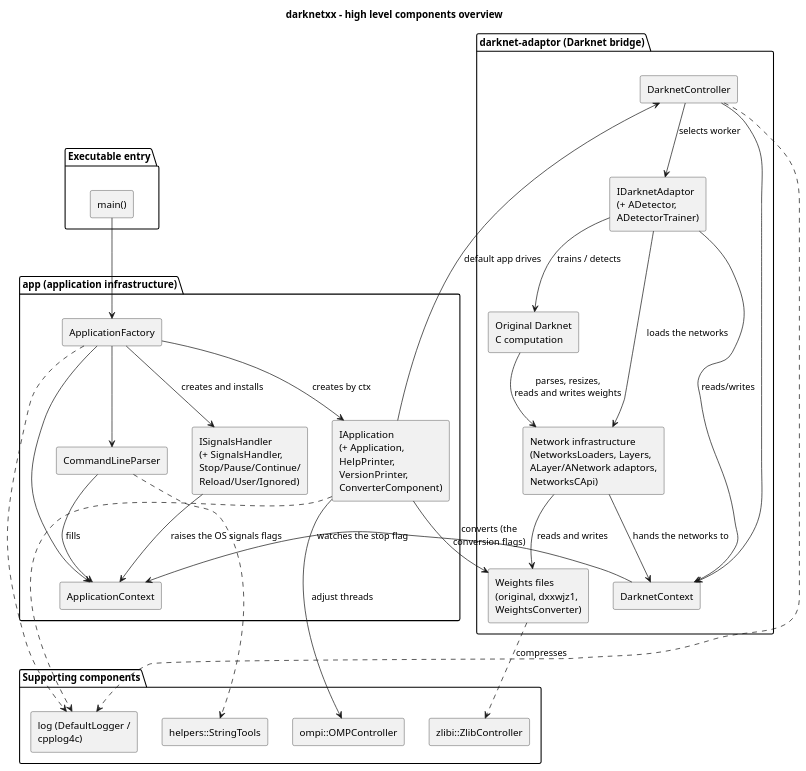
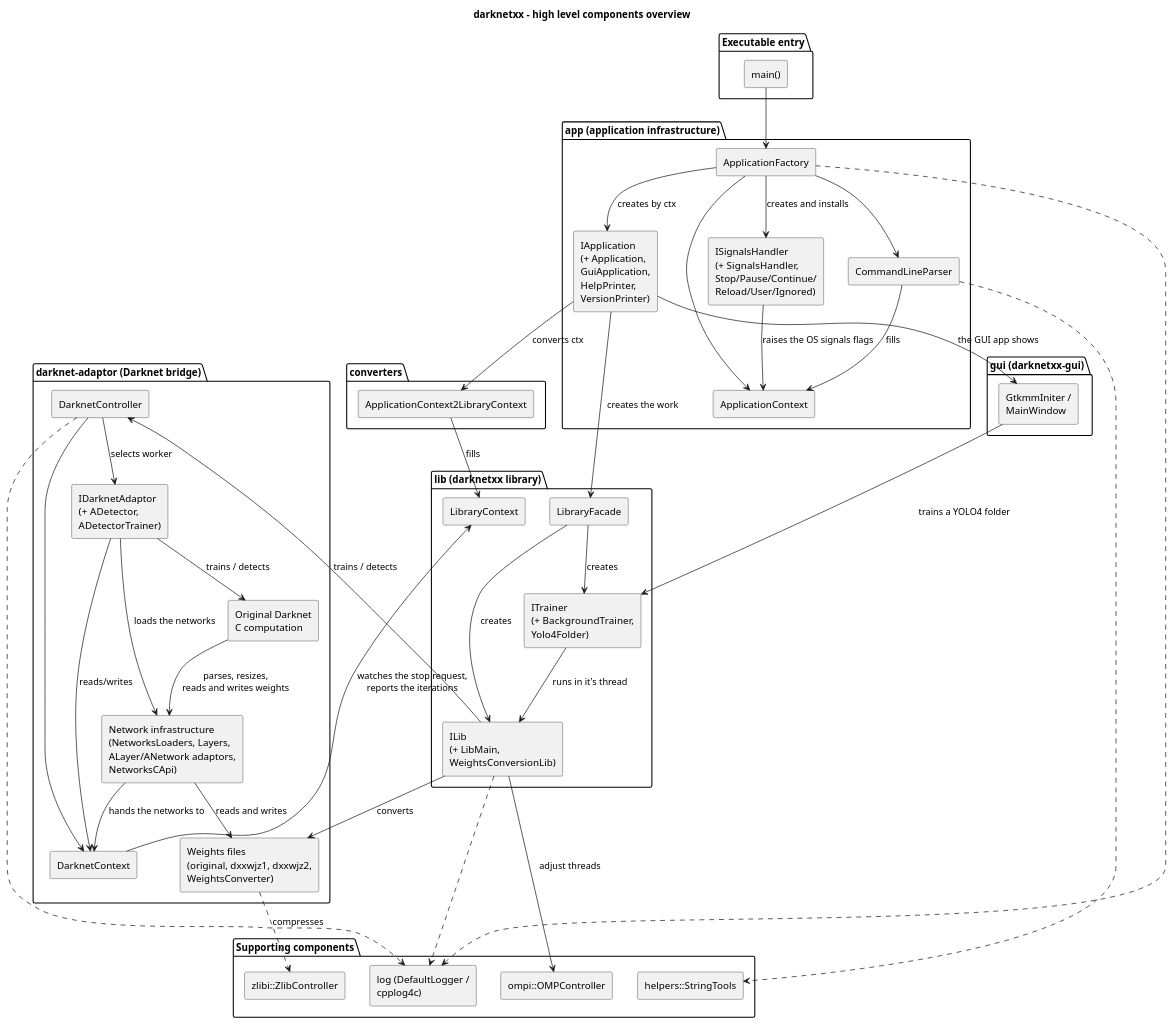
One commit to yuriysydor1991/darknetxx changed the diagram in doc/diagrams/components-overview.puml. Above: the diagram before and after it, drawn with PlantUML. The commit also changed 98 other files, not shown here.

Commit message:
docs: document the darknetxx library, the dxxwjz2 format and the GUI

```diff
--- a/doc/diagrams/components-overview.puml
+++ b/doc/diagrams/components-overview.puml
@@ -1,60 +1,83 @@
 @startuml components-overview
 title darknetxx - high level components overview
 
 skinparam componentStyle rectangle
 skinparam shadowing false
 
 package "Executable entry" {
   [main()] as main
 }
 
 package "app (application infrastructure)" {
   [ApplicationFactory] as factory
   [CommandLineParser] as parser
   [ApplicationContext] as ctx
-  [IApplication\n(+ Application,\nHelpPrinter,\nVersionPrinter,\nConverterComponent)] as iapp
+  [IApplication\n(+ Application,\nGuiApplication,\nHelpPrinter,\nVersionPrinter)] as iapp
   [ISignalsHandler\n(+ SignalsHandler,\nStop/Pause/Continue/\nReload/User/Ignored)] as signals
+}
+
+package "converters" {
+  [ApplicationContext2LibraryContext] as conv
+}
+
+package "gui (darknetxx-gui)" {
+  [GtkmmIniter /\nMainWindow] as gui
+}
+
+package "lib (darknetxx library)" {
+  [LibraryFacade] as facade
+  [LibraryContext] as lctx
+  [ILib\n(+ LibMain,\nWeightsConversionLib)] as ilib
+  [ITrainer\n(+ BackgroundTrainer,\nYolo4Folder)] as trainer
 }
 
 package "darknet-adaptor (Darknet bridge)" {
   [DarknetController] as dctrl
   [DarknetContext] as dctx
   [IDarknetAdaptor\n(+ ADetector,\nADetectorTrainer)] as adaptor
   [Network infrastructure\n(NetworksLoaders, Layers,\nALayer/ANetwork adaptors,\nNetworksCApi)] as netinfra
-  [Weights files\n(original, dxxwjz1,\nWeightsConverter)] as weights
+  [Weights files\n(original, dxxwjz1, dxxwjz2,\nWeightsConverter)] as weights
   [Original Darknet\nC computation] as darknetc
 }
 
 package "Supporting components" {
   [ompi::OMPController] as omp
   [log (DefaultLogger /\ncpplog4c)] as log
   [helpers::StringTools] as helpers
   [zlibi::ZlibController] as zlib
 }
 
 main --> factory
 factory --> parser
 factory --> ctx
 factory --> iapp : creates by ctx
 factory --> signals : creates and installs
 signals --> ctx : raises the OS signals flags
 parser --> ctx : fills
-iapp --> dctrl : default app drives
-iapp --> omp : adjust threads
+iapp --> conv : converts ctx
+conv --> lctx : fills
+iapp --> facade : creates the work
+iapp --> gui : the GUI app shows
+gui --> trainer : trains a YOLO4 folder
+facade --> ilib : creates
+facade --> trainer : creates
+trainer --> ilib : runs in it's thread
+ilib --> omp : adjust threads
+ilib --> dctrl : trains / detects
+ilib --> weights : converts
 dctrl --> dctx
-dctx --> ctx : watches the stop flag
+dctx --> lctx : watches the stop request,\nreports the iterations
 dctrl --> adaptor : selects worker
 adaptor --> dctx : reads/writes
 adaptor --> netinfra : loads the networks
 netinfra --> dctx : hands the networks to
 adaptor --> darknetc : trains / detects
 darknetc --> netinfra : parses, resizes,\nreads and writes weights
 netinfra --> weights : reads and writes
-iapp --> weights : converts (the\nconversion flags)
 weights ..> zlib : compresses
 factory ..> log
-iapp ..> log
+ilib ..> log
 dctrl ..> log
 parser ..> helpers
 
 @enduml
```
